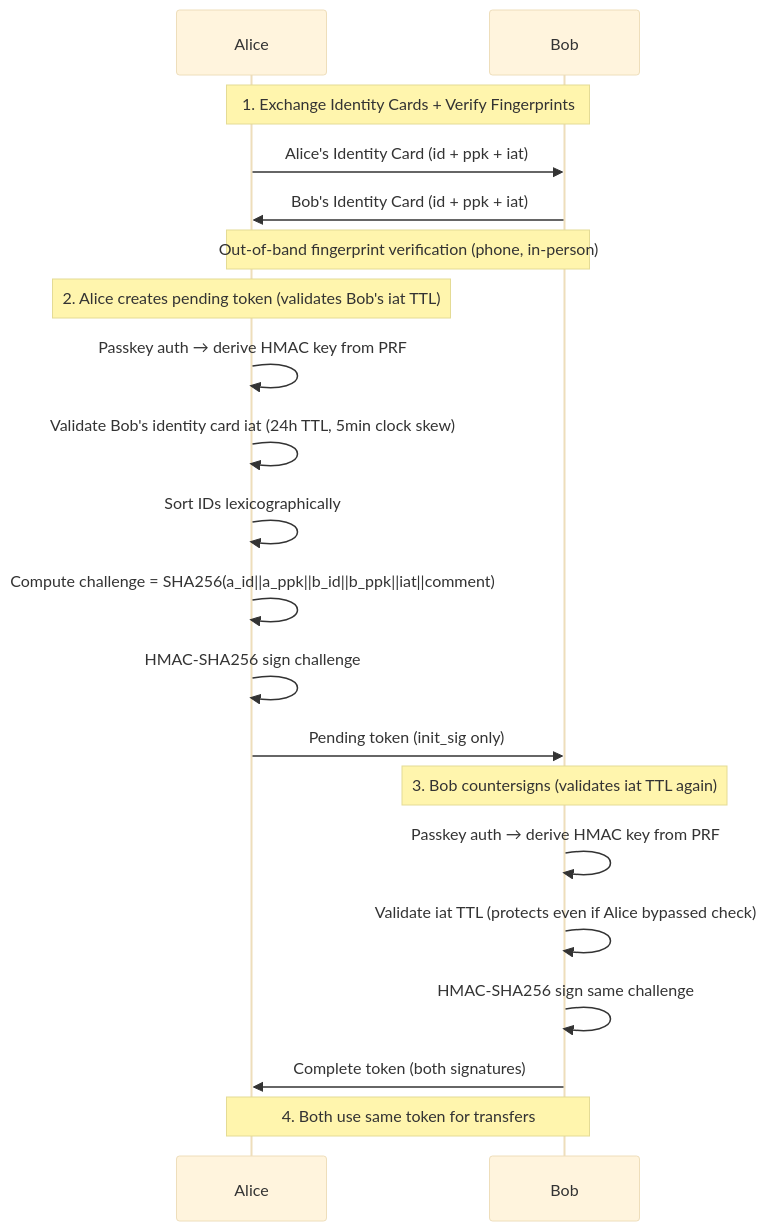
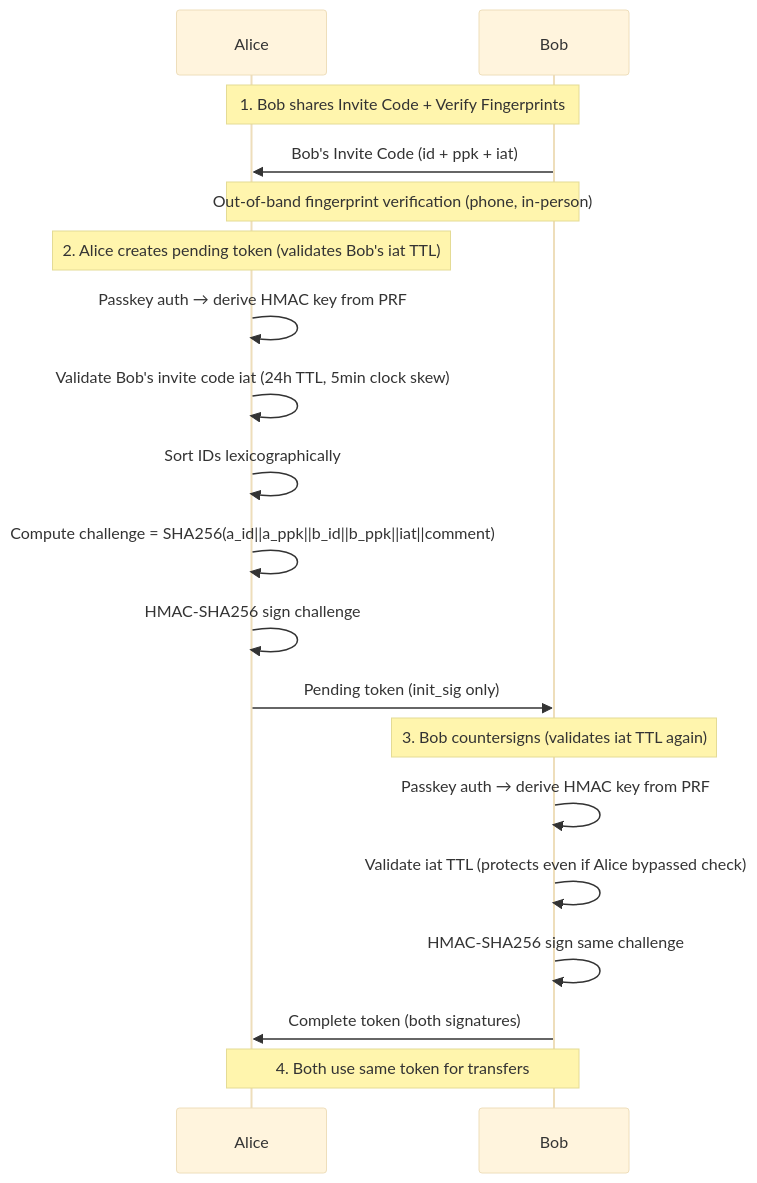
Before and after one commit to andrewtheguy/secure-send-web: the fourth of 10 diagrams in docs/ARCHITECTURE.md, drawn with Mermaid (base theme). The commit also changed other lines of this file and 5 other files, not shown here.

Commit message:
docs: Update documentation to replace "Identity Card" terminology with "Invite Code" and clarify TTL details

````diff
--- a/docs/ARCHITECTURE.md
+++ b/docs/ARCHITECTURE.md
@@ -237,22 +237,21 @@
 ```mermaid
 sequenceDiagram
     participant Alice
     participant Bob
-    Note over Alice,Bob: 1. Exchange Identity Cards + Verify Fingerprints
-    Alice->>Bob: Alice's Identity Card (id + ppk + iat)
-    Bob->>Alice: Bob's Identity Card (id + ppk + iat)
+    Note over Alice,Bob: 1. Bob shares Invite Code + Verify Fingerprints
+    Bob->>Alice: Bob's Invite Code (id + ppk + iat)
     Note over Alice,Bob: Out-of-band fingerprint verification (phone, in-person)
     Note over Alice: 2. Alice creates pending token (validates Bob's iat TTL)
     Alice->>Alice: Passkey auth → derive HMAC key from PRF
-    Alice->>Alice: Validate Bob's identity card iat (24h TTL, 5min clock skew)
+    Alice->>Alice: Validate Bob's invite code iat (24h TTL, 5min clock skew)
     Alice->>Alice: Sort IDs lexicographically
     Alice->>Alice: Compute challenge = SHA256(a_id||a_ppk||b_id||b_ppk||iat||comment)
     Alice->>Alice: HMAC-SHA256 sign challenge
     Alice->>Bob: Pending token (init_sig only)
     Note over Bob: 3. Bob countersigns (validates iat TTL again)
     Bob->>Bob: Passkey auth → derive HMAC key from PRF
     Bob->>Bob: Validate iat TTL (protects even if Alice bypassed check)
     Bob->>Bob: HMAC-SHA256 sign same challenge
     Bob->>Alice: Complete token (both signatures)
     Note over Alice,Bob: 4. Both use same token for transfers
 ```
````
